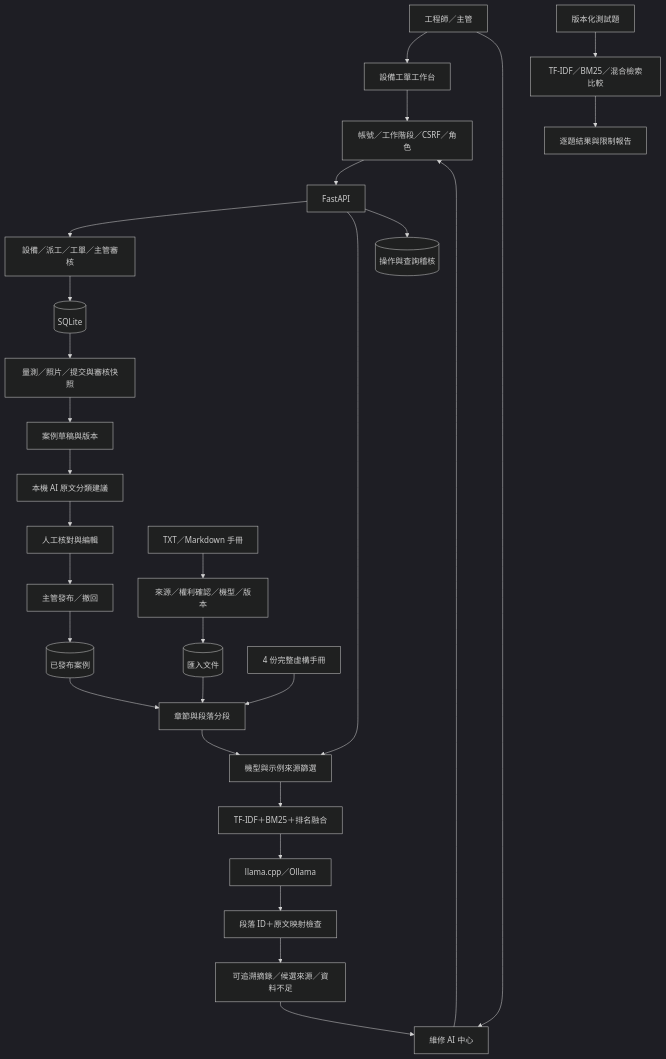
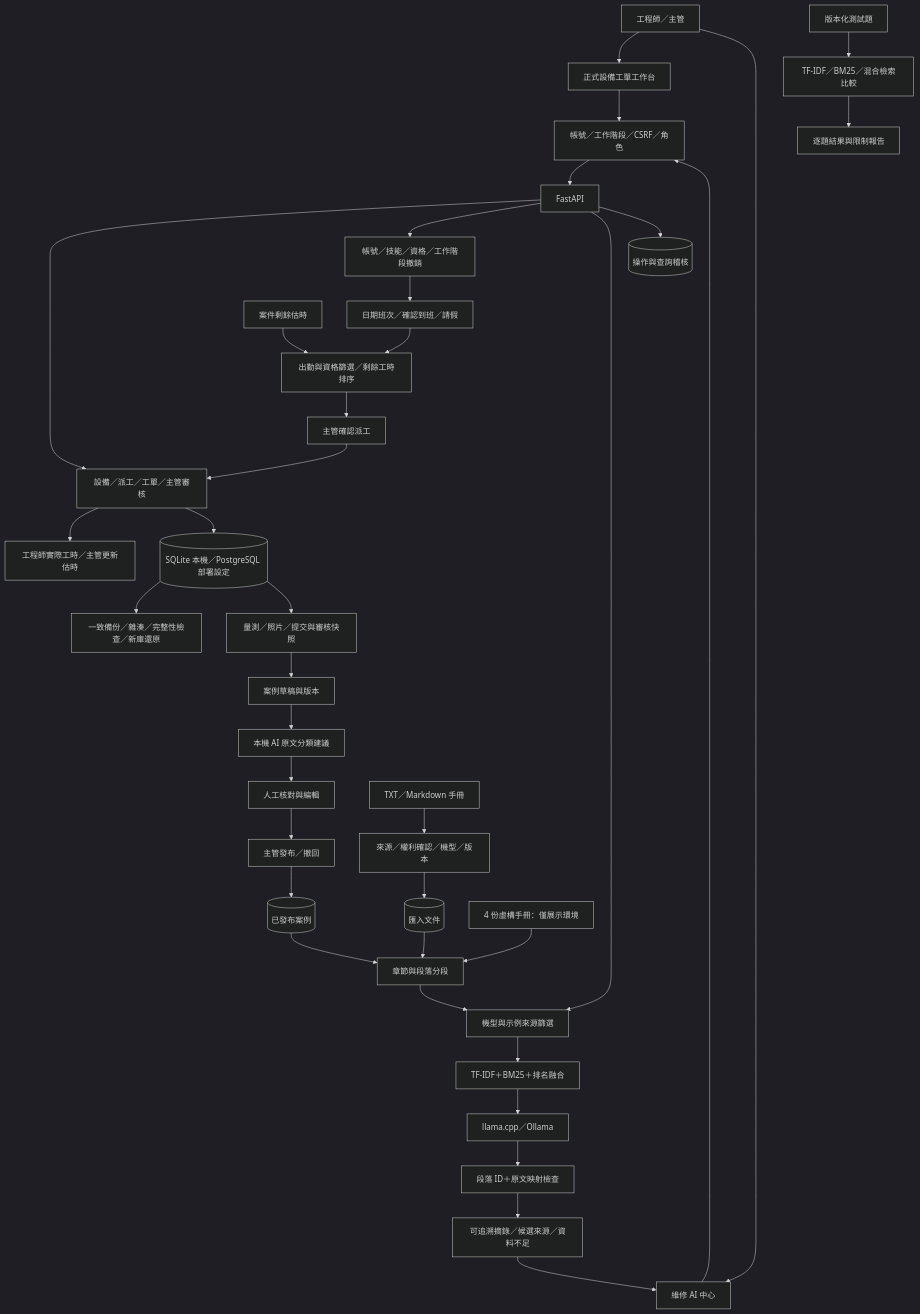
The diagram in docs/system-architecture.md (mina201199/predictfix-ai-factory), drawn with Mermaid (dark theme) before and after one commit. The commit also changed other lines of this file and 113 other files, not shown here.

````diff
--- a/docs/system-architecture.md
+++ b/docs/system-architecture.md
@@ -5,31 +5,39 @@
 ```mermaid
 flowchart TD
-    USER[工程師／主管] --> UI[設備工單工作台]
+    USER[工程師／主管] --> UI[正式設備工單工作台]
     USER --> CENTRE[維修 AI 中心]
     UI --> AUTH[帳號／工作階段／CSRF／角色]
     CENTRE --> AUTH
     AUTH --> API[FastAPI]
     API --> OPS[設備／派工／工單／主管審核]
-    OPS --> DB[(SQLite)]
+    API --> ACCOUNT[帳號／技能／資格／工作階段撤銷]
+    ACCOUNT --> ROSTER[日期班次／確認到班／請假]
+    ROSTER --> DISPATCH[出勤與資格篩選／剩餘工時排序]
+    ESTIMATE[案件剩餘估時] --> DISPATCH
+    DISPATCH --> HUMAN[主管確認派工]
+    HUMAN --> OPS
+    OPS --> TIME[工程師實際工時／主管更新估時]
+    OPS --> DB[(SQLite 本機／PostgreSQL 部署設定)]
+    DB --> BACKUP[一致備份／雜湊／完整性檢查／新庫還原]
     DB --> PROOF[量測／照片／提交與審核快照]
     PROOF --> DRAFT[案例草稿與版本]
     DRAFT --> EXTRACT[本機 AI 原文分類建議]
     EXTRACT --> EDIT[人工核對與編輯]
     EDIT --> PUBLISH[主管發布／撤回]
     PUBLISH --> CASES[(已發布案例)]
     FILE[TXT／Markdown 手冊] --> IMPORT[來源／權利確認／機型／版本]
     IMPORT --> MANUALS[(匯入文件)]
-    BUILTIN[4 份完整虛構手冊] --> CHUNK[章節與段落分段]
+    BUILTIN[4 份虛構手冊：僅展示環境] --> CHUNK[章節與段落分段]
     MANUALS --> CHUNK
     CASES --> CHUNK
     API --> FILTER[機型與示例來源篩選]
     CHUNK --> FILTER
     FILTER --> SEARCH[TF-IDF＋BM25＋排名融合]
     SEARCH --> MODEL[llama.cpp／Ollama]
     MODEL --> VERIFY[段落 ID＋原文映射檢查]
     VERIFY --> RESULT[可追溯摘錄／候選來源／資料不足]
     RESULT --> CENTRE
     API --> AUDIT[(操作與查詢稽核)]
     BENCH[版本化測試題] --> EVAL[TF-IDF／BM25／混合檢索比較]
     EVAL --> REPORT[逐題結果與限制報告]
 ```
````
